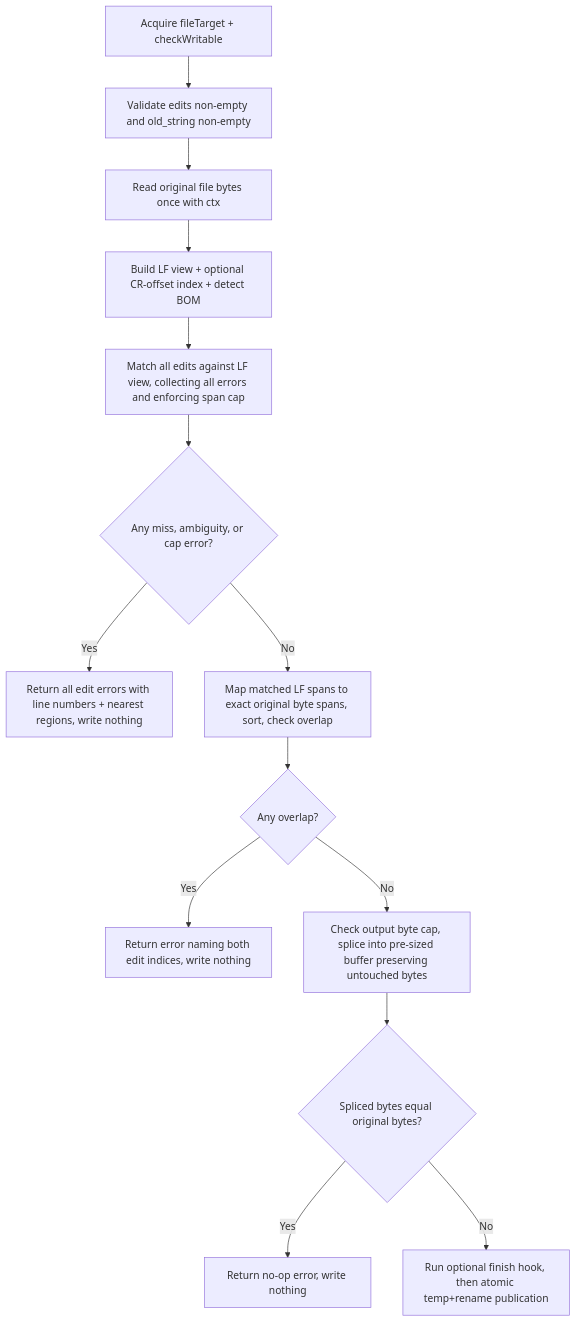
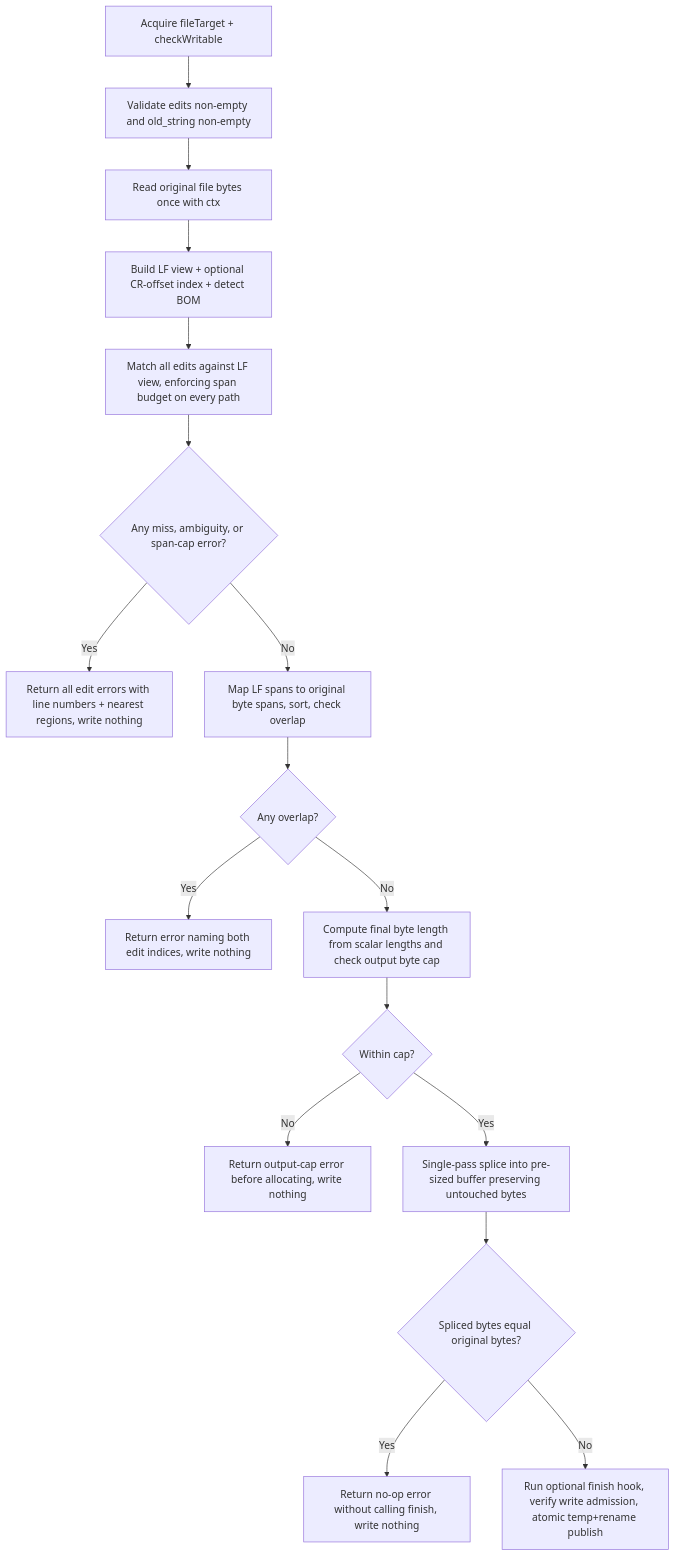
One commit to prime-radiant-inc/evener changed the diagram in docs/superpowers/specs/2026-11-21-edit-file-multi-edit-design.md. Above: the diagram before and after it, drawn with Mermaid. The commit also changed other lines of this file, not shown here.

````diff
--- a/docs/superpowers/specs/2026-11-21-edit-file-multi-edit-design.md
+++ b/docs/superpowers/specs/2026-11-21-edit-file-multi-edit-design.md
@@ -206,16 +209,19 @@
 ```mermaid
 flowchart TD
     A[Acquire fileTarget + checkWritable] --> B[Validate edits non-empty and old_string non-empty]
     B --> C[Read original file bytes once with ctx]
     C --> D[Build LF view + optional CR-offset index + detect BOM]
-    D --> E[Match all edits against LF view, collecting all errors and enforcing span cap]
-    E --> F{Any miss, ambiguity, or cap error?}
+    D --> E[Match all edits against LF view, enforcing span budget on every path]
+    E --> F{Any miss, ambiguity, or span-cap error?}
     F -- Yes --> G[Return all edit errors with line numbers + nearest regions, write nothing]
-    F -- No --> H[Map matched LF spans to exact original byte spans, sort, check overlap]
+    F -- No --> H[Map LF spans to original byte spans, sort, check overlap]
     H --> I{Any overlap?}
     I -- Yes --> J[Return error naming both edit indices, write nothing]
-    I -- No --> K[Check output byte cap, splice into pre-sized buffer preserving untouched bytes]
-    K --> L{Spliced bytes equal original bytes?}
-    L -- Yes --> M[Return no-op error, write nothing]
-    L -- No --> N[Run optional finish hook, then atomic temp+rename publication]
+    I -- No --> K[Compute final byte length from scalar lengths and check output byte cap]
+    K --> L{Within cap?}
+    L -- No --> M[Return output-cap error before allocating, write nothing]
+    L -- Yes --> N[Single-pass splice into pre-sized buffer preserving untouched bytes]
+    N --> O{Spliced bytes equal original bytes?}
+    O -- Yes --> P[Return no-op error without calling finish, write nothing]
+    O -- No --> Q[Run optional finish hook, verify write admission, atomic temp+rename publish]
 ```
````
